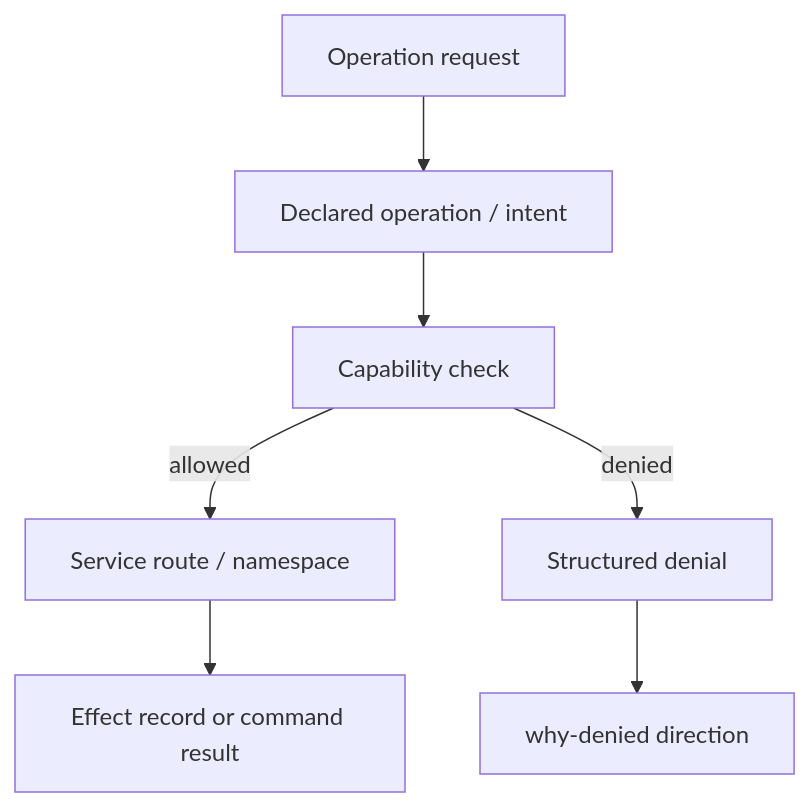
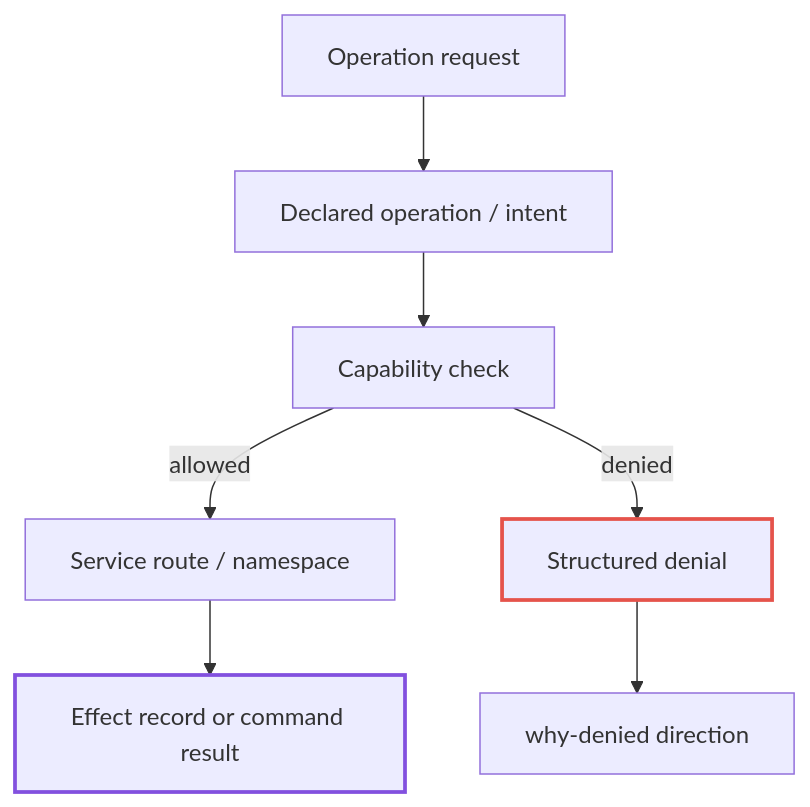
One commit to alisalimi77/Dezh changed diagram 12 of 12 in docs/ARCHITECTURE.md. Above: the diagram before and after it, drawn with Mermaid. The commit also changed other lines of this file and 1 other file, not shown here.

First line of the commit message:
docs: give the mermaid diagrams one vocabulary, and pin CI to least privilege

````diff
--- a/docs/ARCHITECTURE.md
+++ b/docs/ARCHITECTURE.md
@@ -639,9 +648,14 @@
 ```mermaid
 flowchart TB
     Request["Operation request"] --> Intent["Declared operation / intent"]
     Intent --> CapCheck["Capability check"]
     CapCheck -->|allowed| Route["Service route / namespace"]
     Route --> Effect["Effect record or command result"]
     CapCheck -->|denied| Denial["Structured denial"]
     Denial --> Explain["why-denied direction"]
+
+    classDef deny stroke:#e5534b,stroke-width:2.5px;
+    classDef ledger stroke:#8250df,stroke-width:2.5px;
+    class Denial deny
+    class Effect ledger
 ```
````
